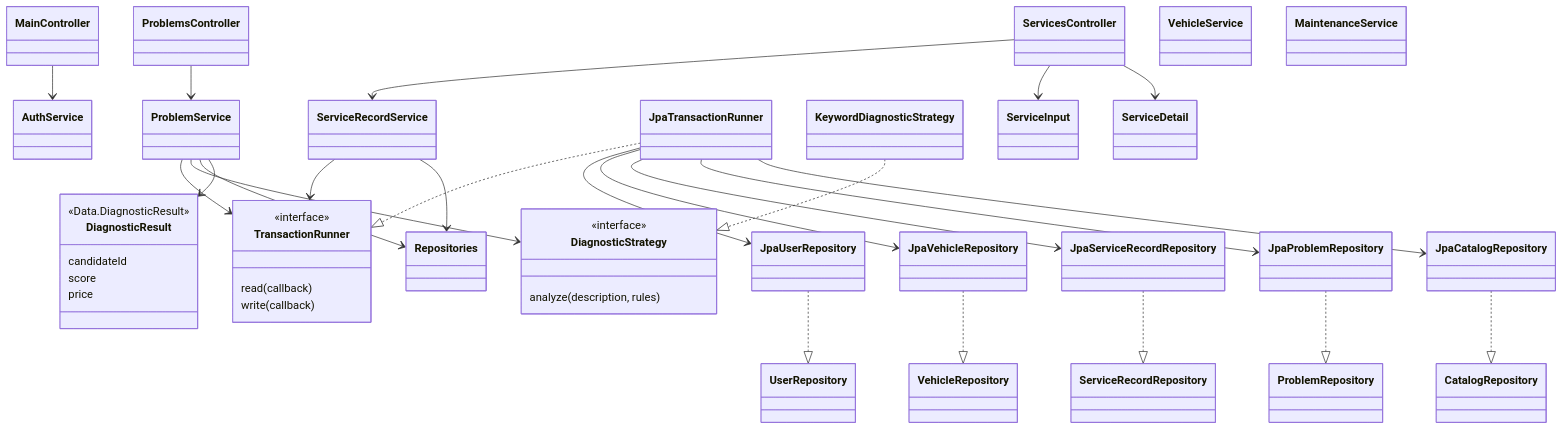
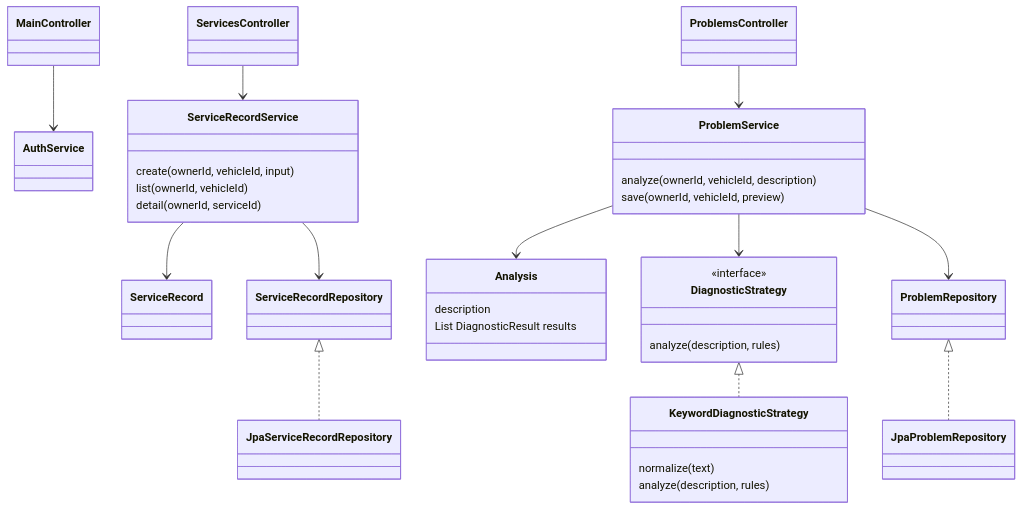
Before and after one commit to KarloLerga/AutoCare: the diagram in docs/design.mmd, drawn with Mermaid. The commit also changed 31 other files, not shown here.

```diff
--- a/docs/design.mmd
+++ b/docs/design.mmd
@@ -1,63 +1,34 @@
 classDiagram
-    class MainController
-    class ServicesController
-    class ProblemsController
-    class ServiceRecordService
-    class ProblemService
-    class AuthService
-    class VehicleService
-    class MaintenanceService
-    class TransactionRunner {
-        <<interface>>
-        read(callback)
-        write(callback)
-    }
-    class JpaTransactionRunner
-    class Repositories
-    class UserRepository
-    class VehicleRepository
-    class ServiceRecordRepository
-    class ProblemRepository
-    class CatalogRepository
-    class JpaUserRepository
-    class JpaVehicleRepository
-    class JpaServiceRecordRepository
-    class JpaProblemRepository
-    class JpaCatalogRepository
+    MainController --> AuthService
+    ServicesController --> ServiceRecordService
+    ProblemsController --> ProblemService
+    ServiceRecordService --> ServiceRecord
+    ProblemService --> DiagnosticStrategy
+    ProblemService --> Analysis
+    DiagnosticStrategy <|.. KeywordDiagnosticStrategy
+    ServiceRecordService --> ServiceRecordRepository
+    ProblemService --> ProblemRepository
+    ServiceRecordRepository <|.. JpaServiceRecordRepository
+    ProblemRepository <|.. JpaProblemRepository
+
     class DiagnosticStrategy {
         <<interface>>
         analyze(description, rules)
     }
-    class KeywordDiagnosticStrategy
-    class DiagnosticResult {
-        <<Data.DiagnosticResult>>
-        candidateId
-        score
-        price
+    class KeywordDiagnosticStrategy {
+        normalize(text)
+        analyze(description, rules)
     }
-    class ServiceInput
-    class ServiceDetail
-
-    MainController --> AuthService
-    ServicesController --> ServiceRecordService
-    ProblemsController --> ProblemService
-    ServiceRecordService --> TransactionRunner
-    ProblemService --> TransactionRunner
-    ProblemService --> DiagnosticStrategy
-    ServiceRecordService --> Repositories
-    ProblemService --> Repositories
-    JpaTransactionRunner ..|> TransactionRunner
-    JpaTransactionRunner --> JpaUserRepository
-    JpaTransactionRunner --> JpaVehicleRepository
-    JpaTransactionRunner --> JpaServiceRecordRepository
-    JpaTransactionRunner --> JpaProblemRepository
-    JpaTransactionRunner --> JpaCatalogRepository
-    JpaUserRepository ..|> UserRepository
-    JpaVehicleRepository ..|> VehicleRepository
-    JpaServiceRecordRepository ..|> ServiceRecordRepository
-    JpaProblemRepository ..|> ProblemRepository
-    JpaCatalogRepository ..|> CatalogRepository
-    KeywordDiagnosticStrategy ..|> DiagnosticStrategy
-    ProblemService --> DiagnosticResult
-    ServicesController --> ServiceInput
-    ServicesController --> ServiceDetail
+    class Analysis {
+        description
+        List DiagnosticResult results
+    }
+    class ServiceRecordService {
+        create(ownerId, vehicleId, input)
+        list(ownerId, vehicleId)
+        detail(ownerId, serviceId)
+    }
+    class ProblemService {
+        analyze(ownerId, vehicleId, description)
+        save(ownerId, vehicleId, preview)
+    }
```
